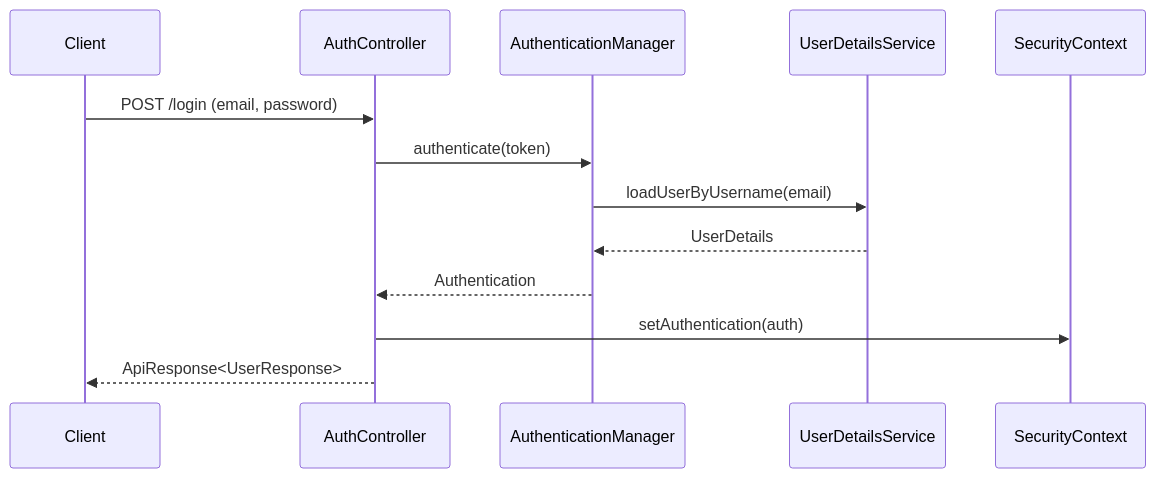
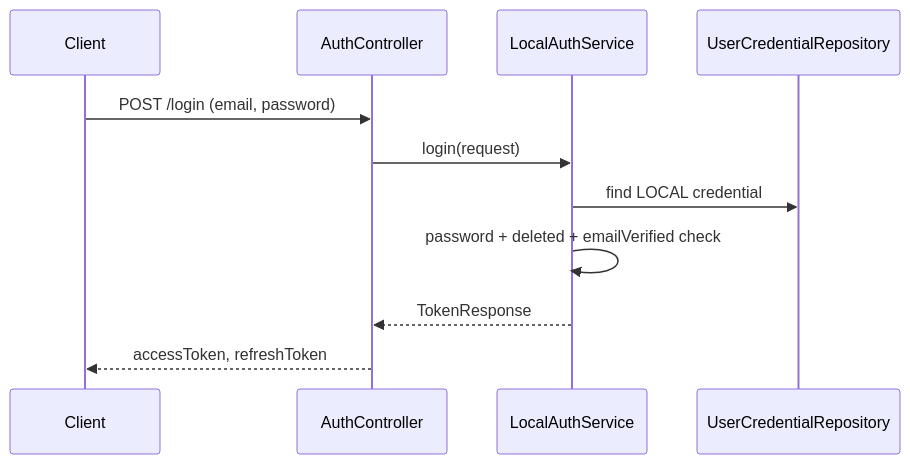
One commit to Geumjeongyahak/Backend changed the diagram in docs/api/Auth.md. Above: the diagram before and after it, drawn with Mermaid. The commit also changed other lines of this file and 1 other file, not shown here.

First line of the commit message:
docs(auth): 이메일 인증 API 계약 문서화

````diff
--- a/docs/api/Auth.md
+++ b/docs/api/Auth.md
@@ -20,16 +21,14 @@
 ```mermaid
 sequenceDiagram
     participant Client
     participant AuthController
-    participant AuthenticationManager
-    participant UserDetailsService
-    participant SecurityContext
+    participant LocalAuthService
+    participant UserCredentialRepository
     
     Client->>AuthController: POST /login (email, password)
-    AuthController->>AuthenticationManager: authenticate(token)
-    AuthenticationManager->>UserDetailsService: loadUserByUsername(email)
-    UserDetailsService-->>AuthenticationManager: UserDetails
-    AuthenticationManager-->>AuthController: Authentication
-    AuthController->>SecurityContext: setAuthentication(auth)
-    AuthController-->>Client: ApiResponse<UserResponse>
+    AuthController->>LocalAuthService: login(request)
+    LocalAuthService->>UserCredentialRepository: find LOCAL credential
+    LocalAuthService->>LocalAuthService: password + deleted + emailVerified check
+    LocalAuthService-->>AuthController: TokenResponse
+    AuthController-->>Client: accessToken, refreshToken
 ```
````
